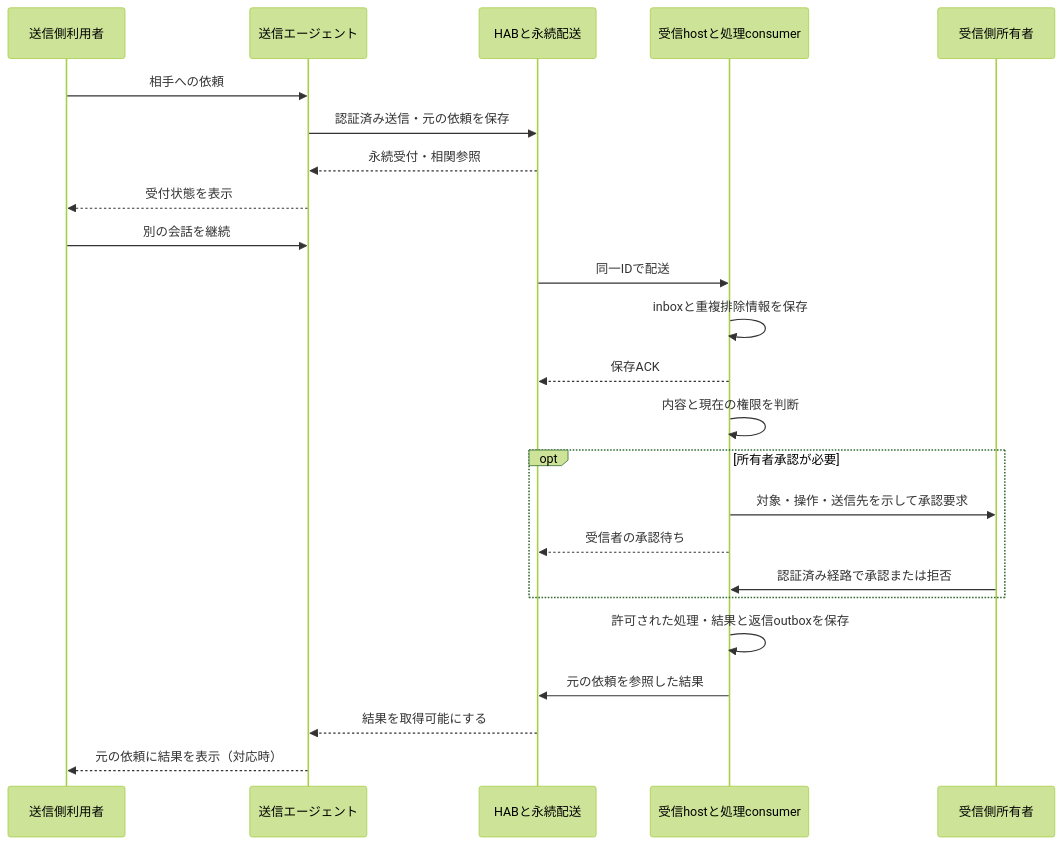
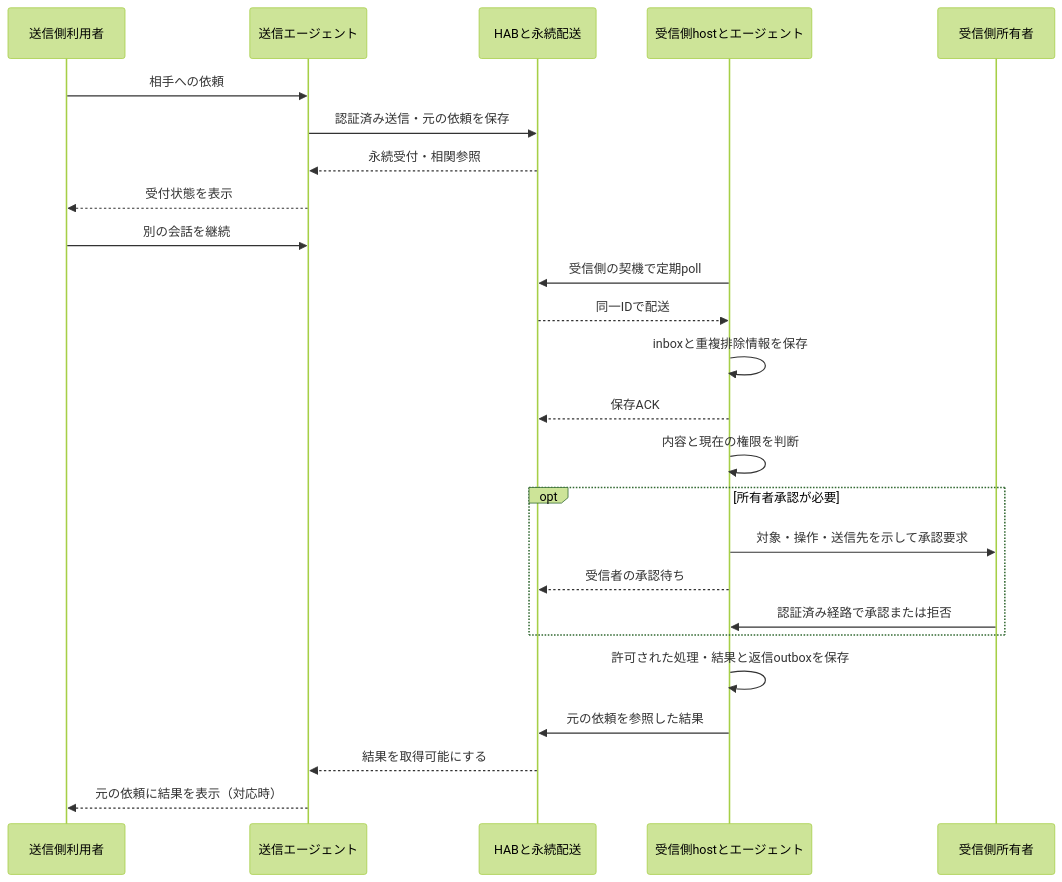
The first of 2 diagrams in docs/generic-agent-async-design.md (s-hiraoku/hiraoku-agent-base), drawn with Mermaid (forest theme) before and after one commit. The commit also changed other lines of this file and 22 other files, not shown here.

````diff
--- a/docs/generic-agent-async-design.md
+++ b/docs/generic-agent-async-design.md
@@ -44,26 +48,27 @@
 ```mermaid
 sequenceDiagram
     participant U as 送信側利用者
     participant S as 送信エージェント
     participant H as HABと永続配送
-    participant R as 受信hostと処理consumer
+    participant R as 受信側hostとエージェント
     participant O as 受信側所有者
     U->>S: 相手への依頼
     S->>H: 認証済み送信・元の依頼を保存
     H-->>S: 永続受付・相関参照
     S-->>U: 受付状態を表示
     U->>S: 別の会話を継続
-    H->>R: 同一IDで配送
+    R->>H: 受信側の契機で定期poll
+    H-->>R: 同一IDで配送
     R->>R: inboxと重複排除情報を保存
     R-->>H: 保存ACK
     R->>R: 内容と現在の権限を判断
     opt 所有者承認が必要
         R->>O: 対象・操作・送信先を示して承認要求
         R-->>H: 受信者の承認待ち
         O->>R: 認証済み経路で承認または拒否
     end
     R->>R: 許可された処理・結果と返信outboxを保存
     R->>H: 元の依頼を参照した結果
     H-->>S: 結果を取得可能にする
     S-->>U: 元の依頼に結果を表示（対応時）
 ```
````
